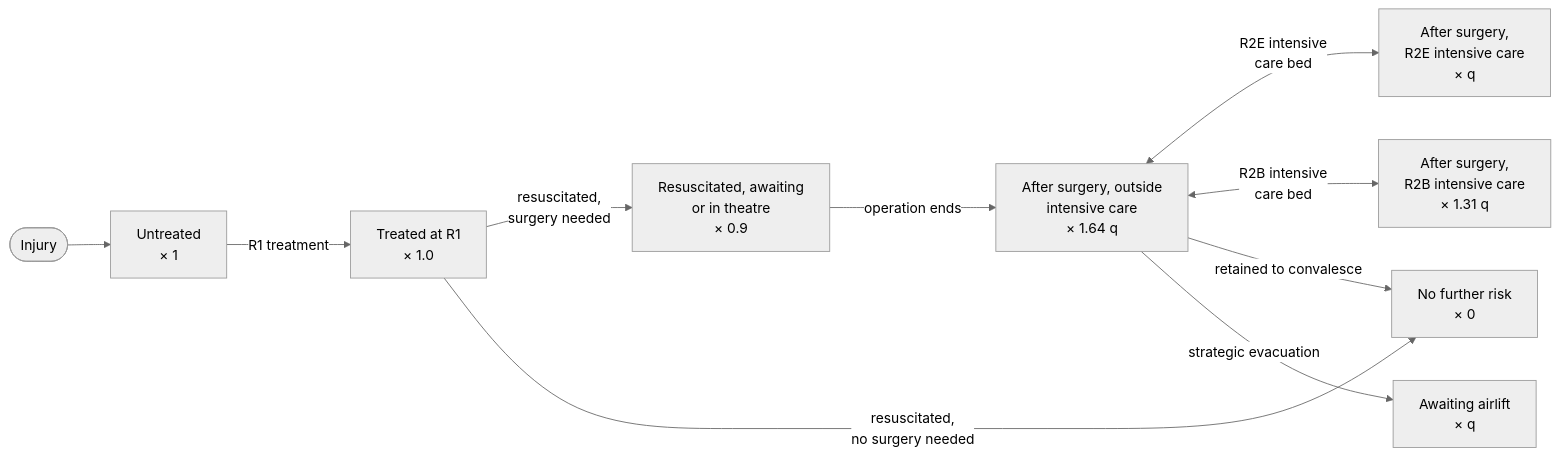
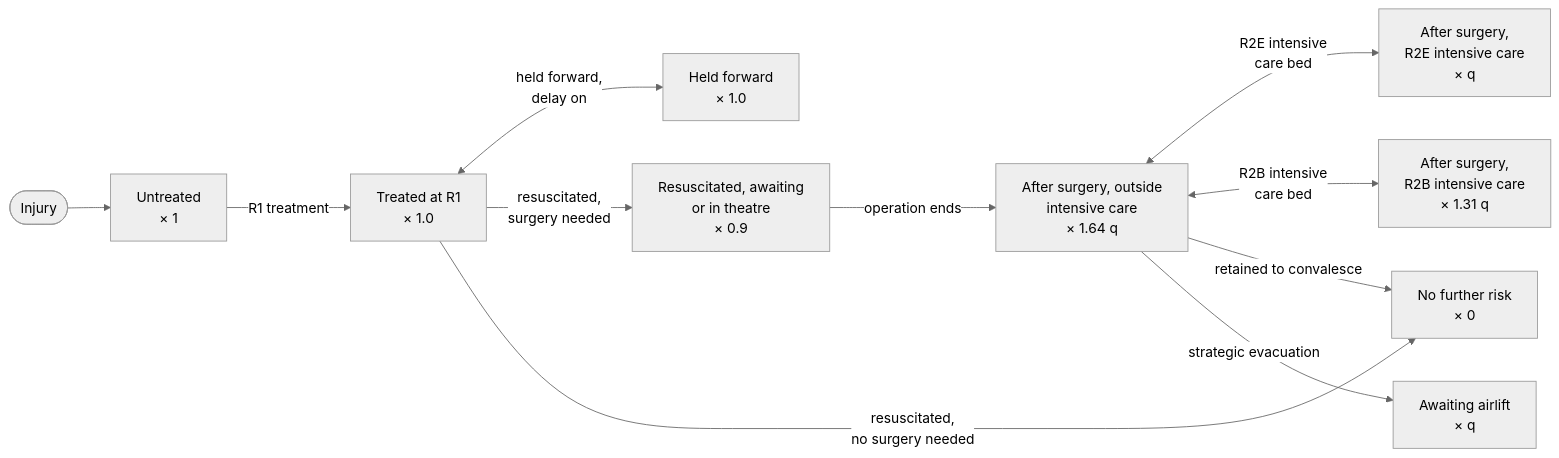
Before and after one commit to natosys/Battlefield-Casualty-Handling: the second of 5 diagrams in README.md, drawn with Mermaid (neutral theme). The commit also changed other lines of this file and 4 other files, not shown here.

First line of the commit message:
docs(issue-616): README delay text, diagrams, L47, structure rows; Methods design

````diff
--- a/README.md
+++ b/README.md
@@ -781,12 +781,13 @@
 ```mermaid
 flowchart LR
     INJ([Injury]) --> U["Untreated<br/>× 1"]
     U -->|R1 treatment| R1["Treated at R1<br/>× 1.0"]
+    R1 <-->|"held forward,<br/>delay on"| HF["Held forward<br/>× 1.0"]
     R1 -->|"resuscitated,<br/>surgery needed"| RS["Resuscitated, awaiting<br/>or in theatre<br/>× 0.9"]
     R1 -->|"resuscitated,<br/>no surgery needed"| Z["No further risk<br/>× 0"]
     RS -->|operation ends| OUT["After surgery, outside<br/>intensive care<br/>× 1.64 q"]
     OUT <-->|"R2E intensive<br/>care bed"| ICU["After surgery,<br/>R2E intensive care<br/>× q"]
     OUT <-->|"R2B intensive<br/>care bed"| R2BICU["After surgery,<br/>R2B intensive care<br/>× 1.31 q"]
     OUT -->|retained to convalesce| Z
     OUT -->|strategic evacuation| AIR["Awaiting airlift<br/>× q"]
 ```
````
